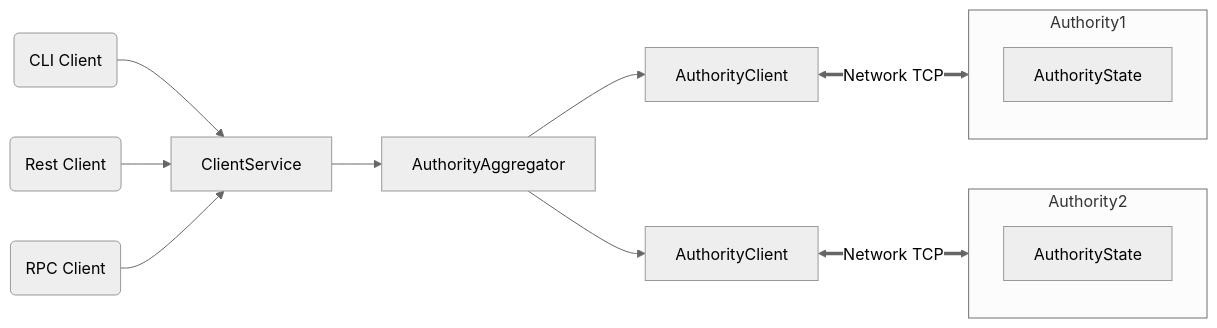
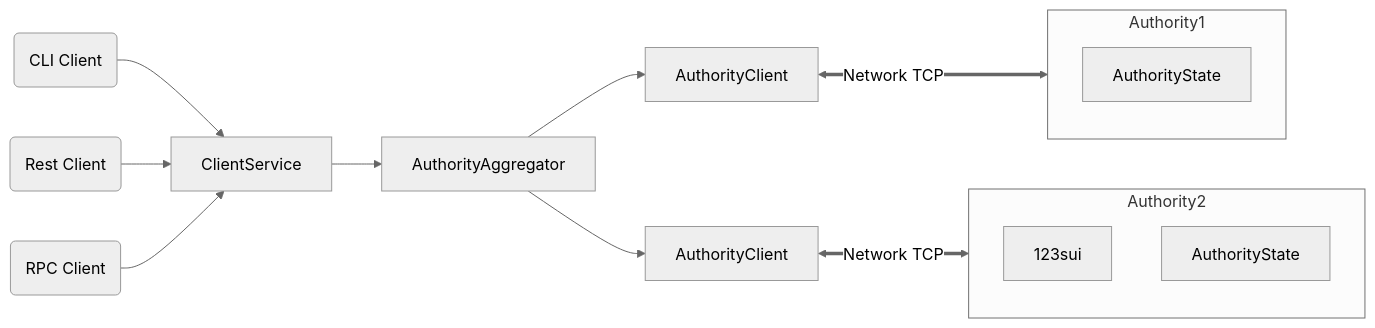
One commit to wang111111/sui changed the diagram in README.md. Above: the diagram before and after it, drawn with Mermaid (neutral theme).

````diff
--- a/README.md
+++ b/README.md
@@ -22,16 +22,17 @@
 ```mermaid
 flowchart LR
     CC(CLI Client) --> ClientService
     RC(Rest Client) --> ClientService
     RPCC(RPC Client) --> ClientService
     ClientService --> AuthorityAggregator
     AuthorityAggregator --> AC1[AuthorityClient] & AC2[AuthorityClient]
     subgraph Authority1
       AS[AuthorityState]
     end
     subgraph Authority2
+    123sui
       AS2[AuthorityState]
     end
     AC1 <==>|Network TCP| Authority1
     AC2 <==>|Network TCP| Authority2
 ```
````
